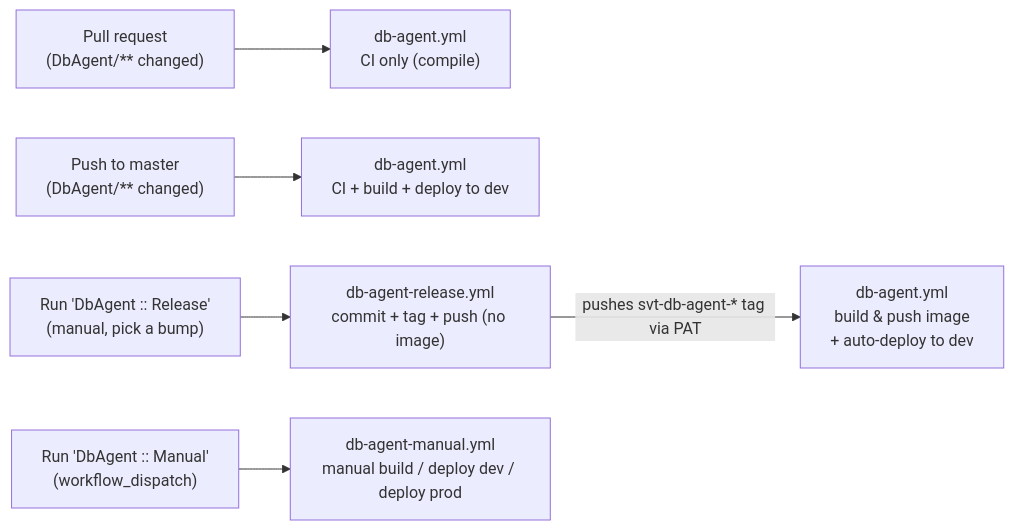
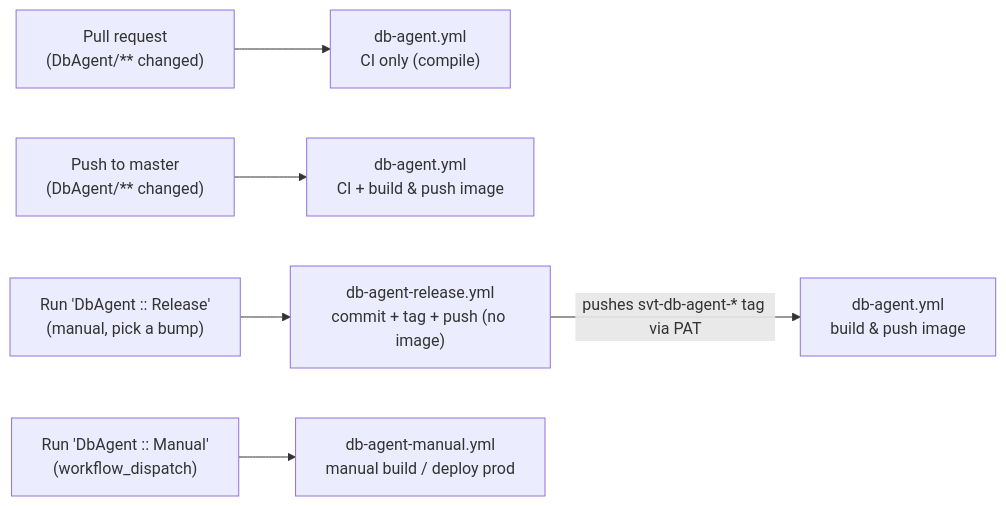
Before and after one commit to SVT-WP2/SVTSW: the first of 4 diagrams in DbAgent/README.md, drawn with Mermaid. The commit also changed other lines of this file and 21 other files, not shown here.

First line of the commit message:
#371 :: DB Next :: Docker image, CI/CD and dev deployment for svt-db-agent-next

````diff
--- a/DbAgent/README.md
+++ b/DbAgent/README.md
@@ -86,8 +92,8 @@
 ```mermaid
 flowchart LR
     E1["Pull request<br/>(DbAgent/** changed)"] --> W1["db-agent.yml<br/>CI only (compile)"]
-    E2["Push to master<br/>(DbAgent/** changed)"] --> W2["db-agent.yml<br/>CI + build + deploy to dev"]
+    E2["Push to master<br/>(DbAgent/** changed)"] --> W2["db-agent.yml<br/>CI + build & push image"]
     E3["Run 'DbAgent :: Release'<br/>(manual, pick a bump)"] --> W3["db-agent-release.yml<br/>commit + tag + push (no image)"]
-    W3 -->|"pushes svt-db-agent-* tag via PAT"| W5["db-agent.yml<br/>build & push image<br/>+ auto-deploy to dev"]
-    E4["Run 'DbAgent :: Manual'<br/>(workflow_dispatch)"] --> W4["db-agent-manual.yml<br/>manual build / deploy dev / deploy prod"]
+    W3 -->|"pushes svt-db-agent-* tag via PAT"| W5["db-agent.yml<br/>build & push image"]
+    E4["Run 'DbAgent :: Manual'<br/>(workflow_dispatch)"] --> W4["db-agent-manual.yml<br/>manual build / deploy prod"]
 ```
````
